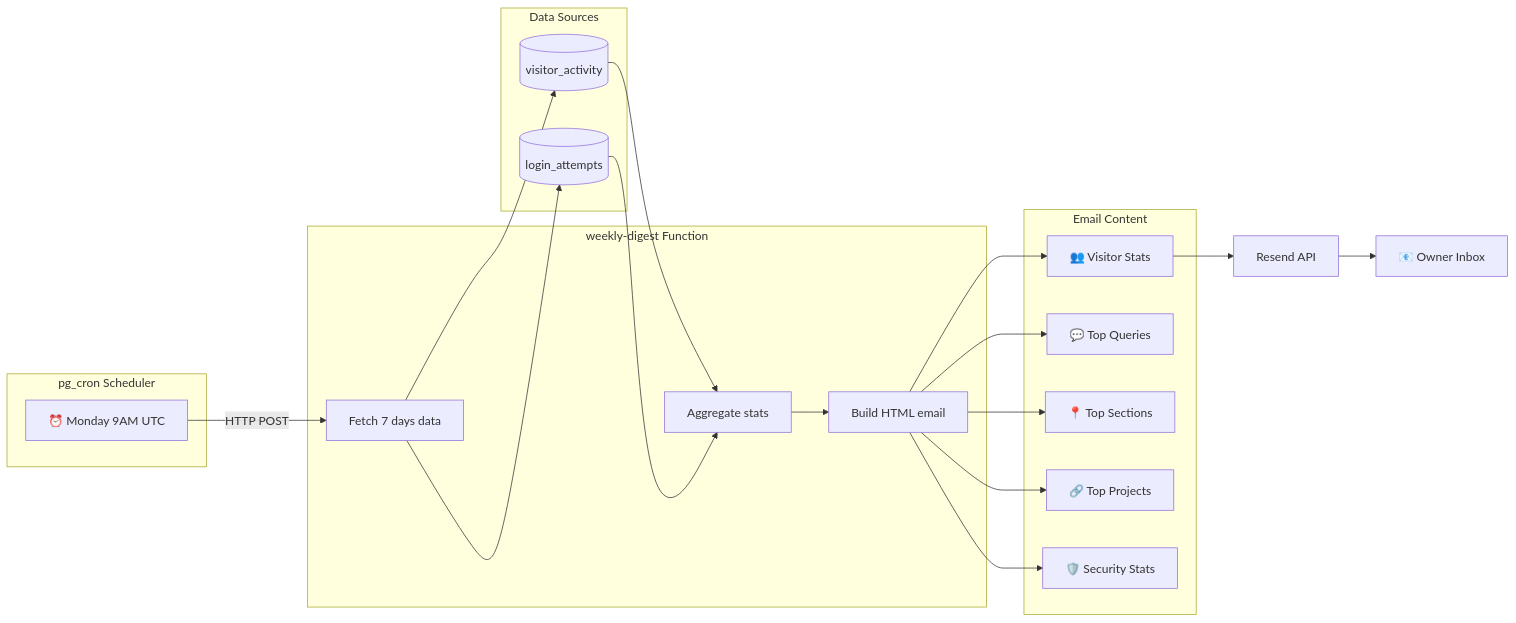
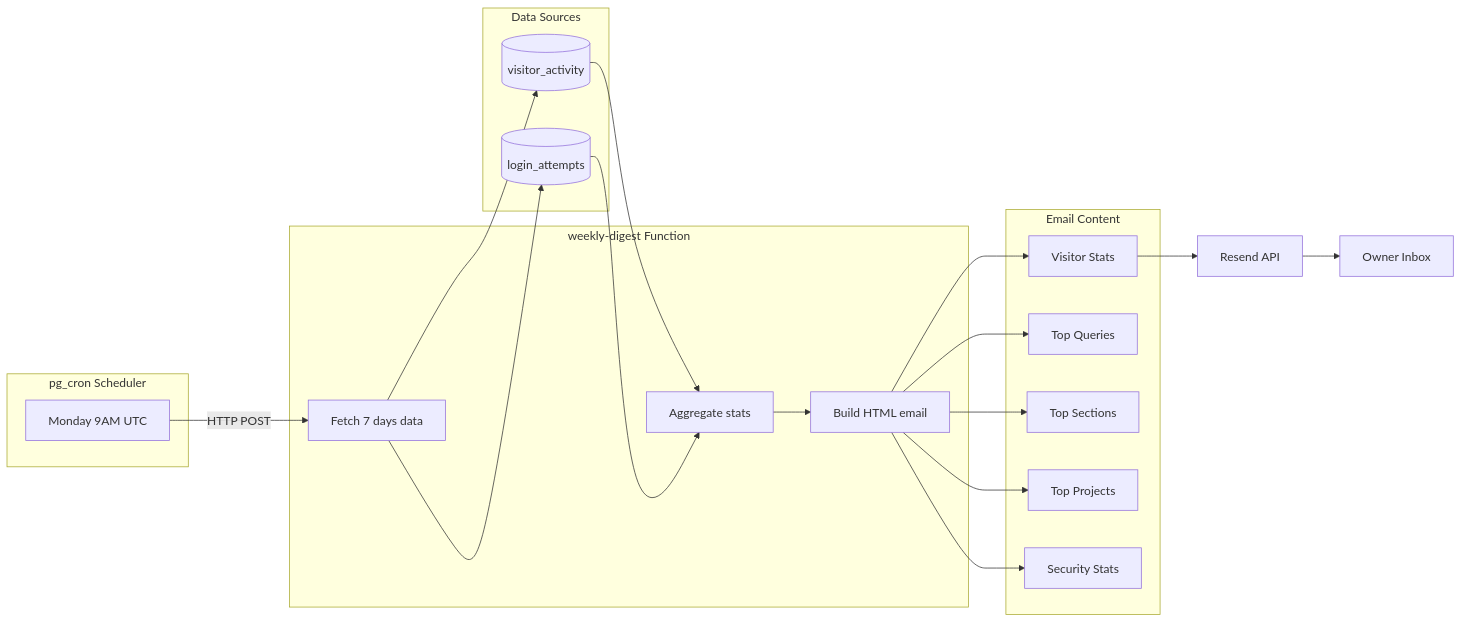
The fourth of 4 diagrams in README.md (ritvikindupuri/ritvik-portfolio), drawn with Mermaid before and after one commit. The commit also changed other lines of this file, not shown here.

````diff
--- a/README.md
+++ b/README.md
@@ -188,40 +333,40 @@
 ```mermaid
 flowchart LR
     subgraph Scheduler["pg_cron Scheduler"]
-        CRON["⏰ Monday 9AM UTC"]
+        CRON["Monday 9AM UTC"]
     end
     
     subgraph EdgeFunction["weekly-digest Function"]
         FETCH["Fetch 7 days data"]
         AGG["Aggregate stats"]
         BUILD["Build HTML email"]
     end
     
     subgraph Data["Data Sources"]
         VA[(visitor_activity)]
         LA[(login_attempts)]
     end
     
     subgraph Email["Email Content"]
-        VS["👥 Visitor Stats"]
-        TQ["💬 Top Queries"]
-        TS["📍 Top Sections"]
-        TP["🔗 Top Projects"]
-        SS["🛡️ Security Stats"]
+        VS["Visitor Stats"]
+        TQ["Top Queries"]
+        TS["Top Sections"]
+        TP["Top Projects"]
+        SS["Security Stats"]
     end
     
     CRON -->|HTTP POST| FETCH
     FETCH --> VA
     FETCH --> LA
     VA --> AGG
     LA --> AGG
     AGG --> BUILD
     BUILD --> VS
     BUILD --> TQ
     BUILD --> TS
     BUILD --> TP
     BUILD --> SS
     
     VS --> RS[Resend API]
-    RS --> OWNER[📧 Owner Inbox]
+    RS --> OWNER[Owner Inbox]
 ```
````
